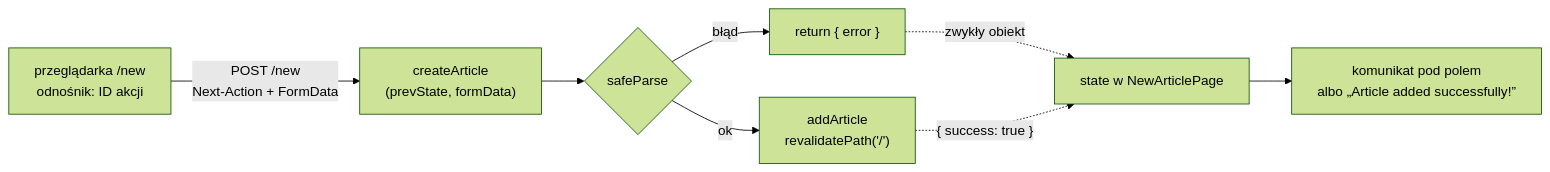
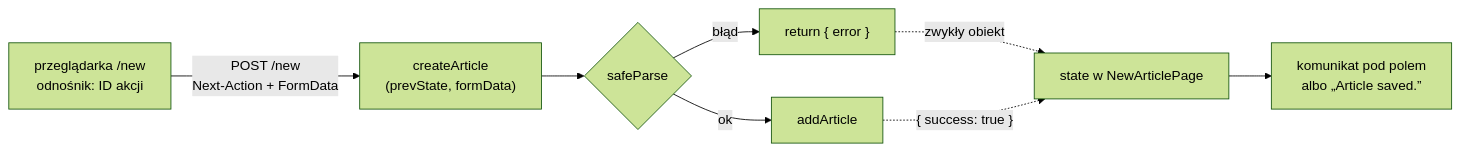
Before and after one commit to mmiotk/frontend-development-ug: the diagram in lecture05/slides/slide_07_server-action-i-formularz.md, drawn with Mermaid (forest theme). The commit also changed other lines of this file and 41 other files, not shown here.

````diff
--- a/lecture05/slides/slide_07_server-action-i-formularz.md
+++ b/lecture05/slides/slide_07_server-action-i-formularz.md
@@ -147,11 +137,11 @@
 ```mermaid
 %%{init: {"flowchart": {"wrappingWidth": 360}}}%%
 flowchart LR
     B["przeglądarka /new<br/>odnośnik: ID akcji"] -- "POST /new<br/>Next-Action + FormData" --> A["createArticle<br/>(prevState, formData)"]
     A --> V{"safeParse"}
     V -- "błąd" --> E["return { error }"]
-    V -- "ok" --> S["addArticle<br/>revalidatePath('/')"]
+    V -- "ok" --> S["addArticle"]
     E -. "zwykły obiekt" .-> ST["state w NewArticlePage"]
     S -. "{ success: true }" .-> ST
-    ST --> M["komunikat pod polem<br/>albo „Article added successfully!”"]
+    ST --> M["komunikat pod polem<br/>albo „Article saved.”"]
 ```
````
